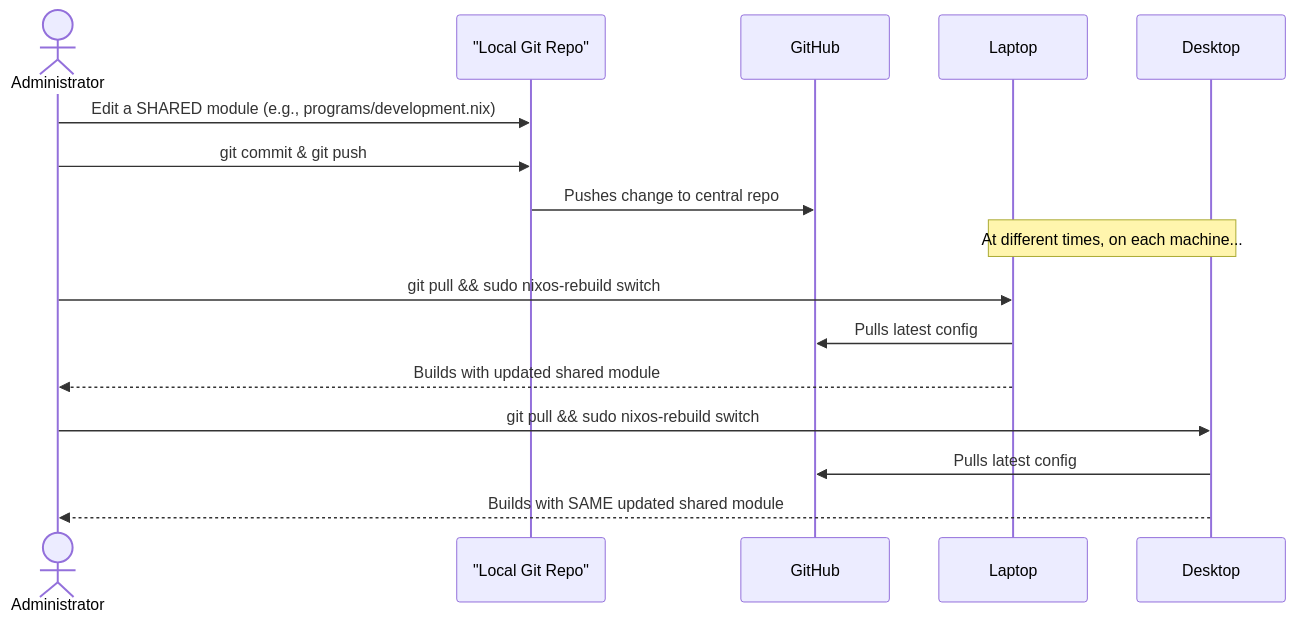
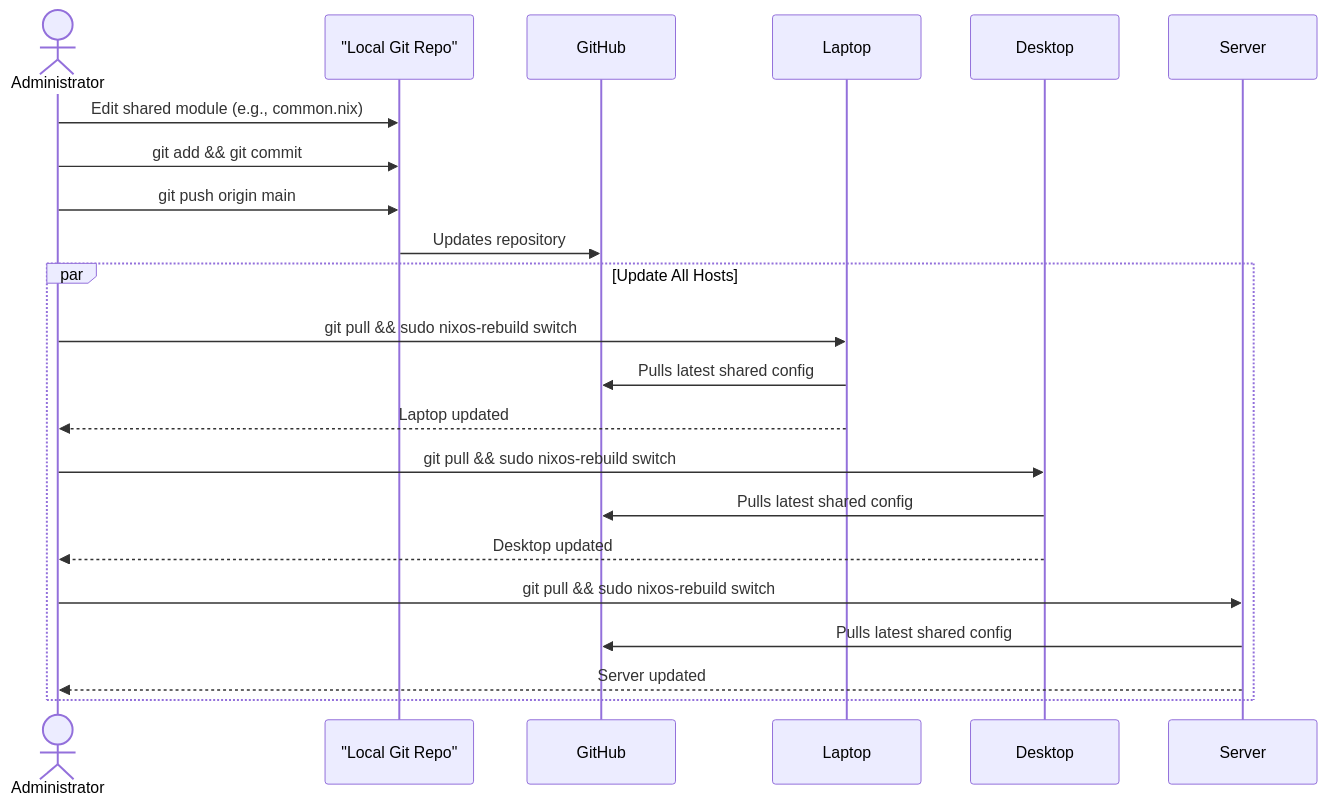
The third of 3 diagrams in docs/architecture/6-core-workflows.md (hbohlen/hbohlen-io), drawn with Mermaid before and after one commit. The commit also changed other lines of this file and 20 other files, not shown here.

First line of the commit message:
Refactor NixOS architecture documentation and workflows

````diff
--- a/docs/architecture/6-core-workflows.md
+++ b/docs/architecture/6-core-workflows.md
@@ -58,22 +46,28 @@
 ```mermaid
 sequenceDiagram
     actor Administrator
     participant LocalRepo as "Local Git Repo"
     participant GitHub
     participant Laptop
     participant Desktop
+    participant Server
 
-    Administrator->>LocalRepo: Edit a SHARED module (e.g., programs/development.nix)
-    Administrator->>LocalRepo: git commit & git push
-    LocalRepo->>GitHub: Pushes change to central repo
+    Administrator->>LocalRepo: Edit shared module (e.g., common.nix)
+    Administrator->>LocalRepo: git add && git commit
+    Administrator->>LocalRepo: git push origin main
+    LocalRepo->>GitHub: Updates repository
 
-    Note over Laptop,Desktop: At different times, on each machine...
+    par Update All Hosts
+        Administrator->>Laptop: git pull && sudo nixos-rebuild switch
+        Laptop->>GitHub: Pulls latest shared config
+        Laptop-->>Administrator: Laptop updated
 
-    Administrator->>Laptop: git pull && sudo nixos-rebuild switch
-    Laptop->>GitHub: Pulls latest config
-    Laptop-->>Administrator: Builds with updated shared module
+        Administrator->>Desktop: git pull && sudo nixos-rebuild switch
+        Desktop->>GitHub: Pulls latest shared config
+        Desktop-->>Administrator: Desktop updated
 
-    Administrator->>Desktop: git pull && sudo nixos-rebuild switch
-    Desktop->>GitHub: Pulls latest config
-    Desktop-->>Administrator: Builds with SAME updated shared module
+        Administrator->>Server: git pull && sudo nixos-rebuild switch
+        Server->>GitHub: Pulls latest shared config
+        Server-->>Administrator: Server updated
+    end
 ```
````
